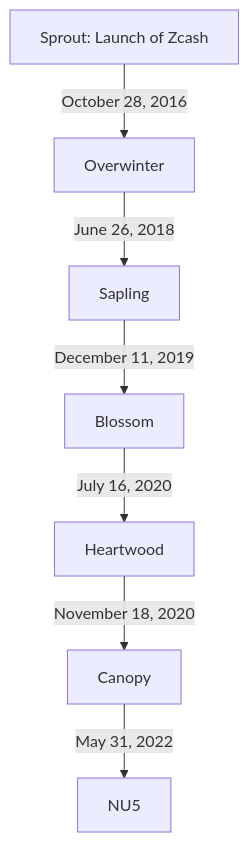
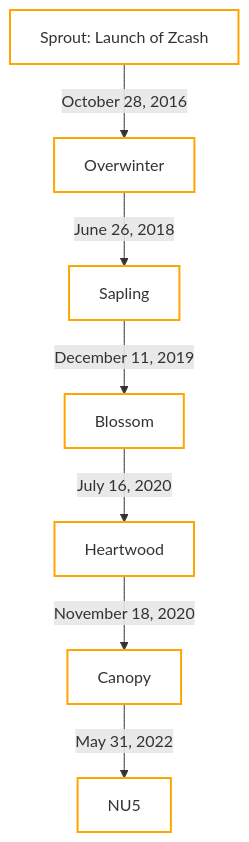
Before and after one commit to oxarbitrage/my-first-zcash-chapter-7: the diagram in shielded.md, drawn with Mermaid. The commit also changed 5 other files, not shown here.

````diff
--- a/shielded.md
+++ b/shielded.md
@@ -34,17 +34,28 @@
 ```mermaid
 graph TD
     A[Sprout: Launch of Zcash] -->|October 28, 2016| B[Overwinter]
     B -->|June 26, 2018| C[Sapling]
     C -->|December 11, 2019| D[Blossom]
     D -->|July 16, 2020| E[Heartwood]
     E -->|November 18, 2020| F[Canopy]
     F -->|May 31, 2022| G[NU5]
 
     click A href "https://z.cash/upgrade/sprout/"
     click B href "https://z.cash/upgrade/overwinter/"
     click C href "https://z.cash/upgrade/sapling/"
     click D href "https://z.cash/upgrade/blossom/"
     click E href "https://z.cash/upgrade/heartwood/"
     click F href "https://z.cash/upgrade/canopy/"
     click G href "https://z.cash/upgrade/nu5/"
+
+    style A fill: #fff,stroke:#FFA500,stroke-width:2px;
+    style B fill: #fff,stroke:#FFA500,stroke-width:2px;
+    style C fill: #fff,stroke:#FFA500,stroke-width:2px;
+    style D fill: #fff,stroke:#FFA500,stroke-width:2px;
+    style E fill: #fff,stroke:#FFA500,stroke-width:2px;
+    style F fill: #fff,stroke:#FFA500,stroke-width:2px;
+    style G fill: #fff,stroke:#FFA500,stroke-width:2px;
+
+
+
 ```
````
